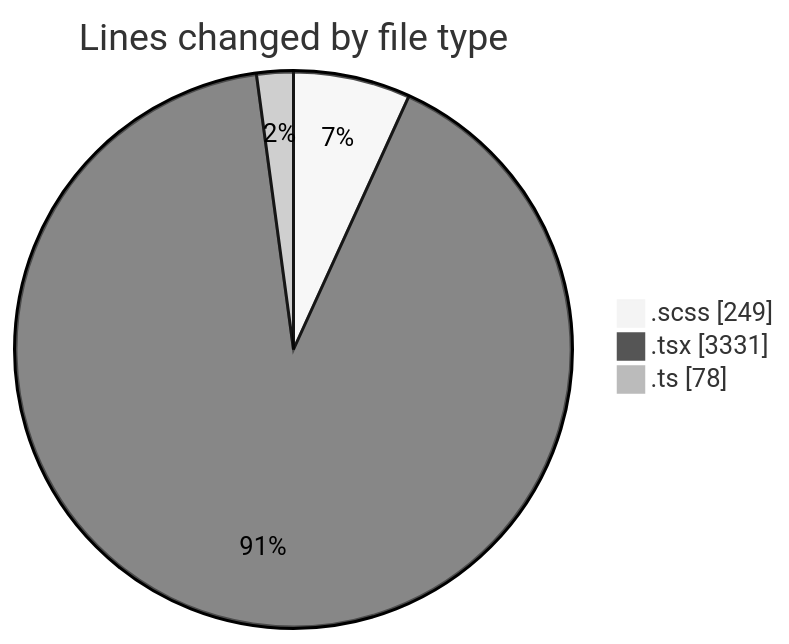
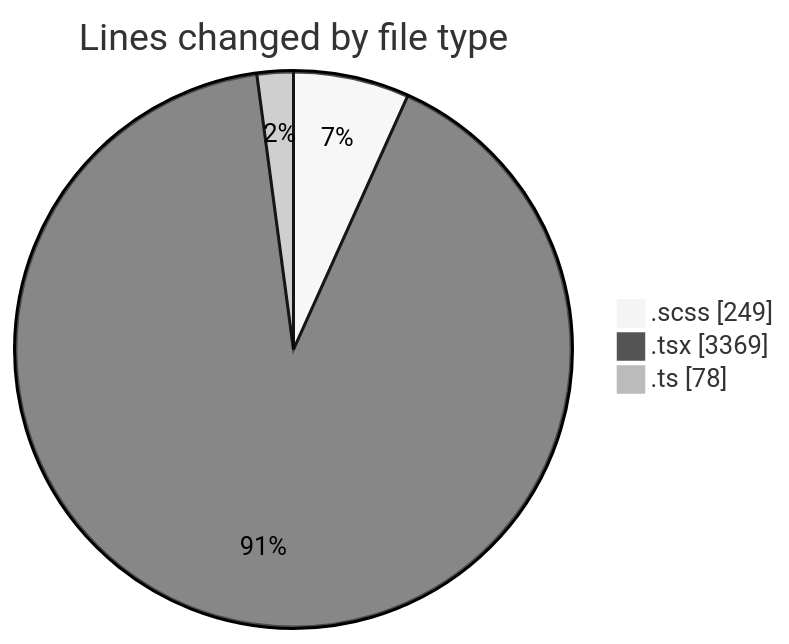
The first of 2 diagrams in 2025-09-26/cda/README.md (momahboobian/code-tracking), drawn with Mermaid (neutral theme) before and after one commit. The commit also changed other lines of this file and 1 other file, not shown here.

````diff
--- a/2025-09-26/cda/README.md
+++ b/2025-09-26/cda/README.md
@@ -23,7 +24,7 @@
 ```mermaid
 pie showData
 title Lines changed by file type
 ".scss" : 249
-".tsx" : 3331
+".tsx" : 3369
 ".ts" : 78
 ```
````
